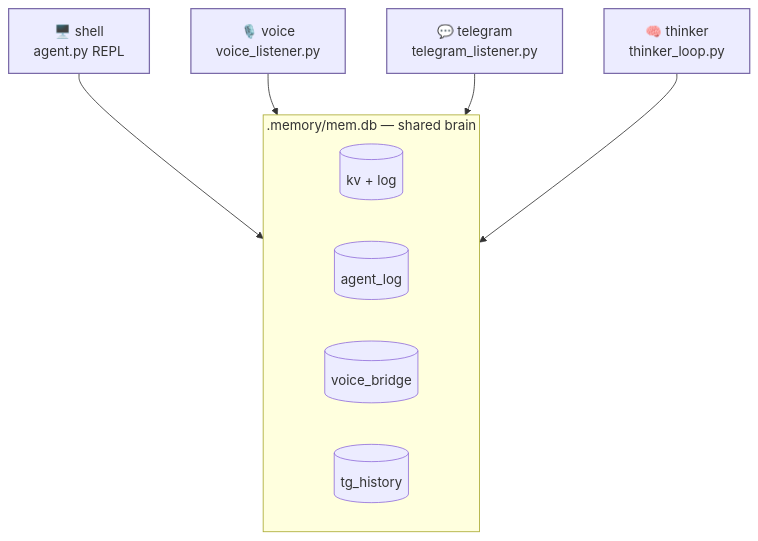
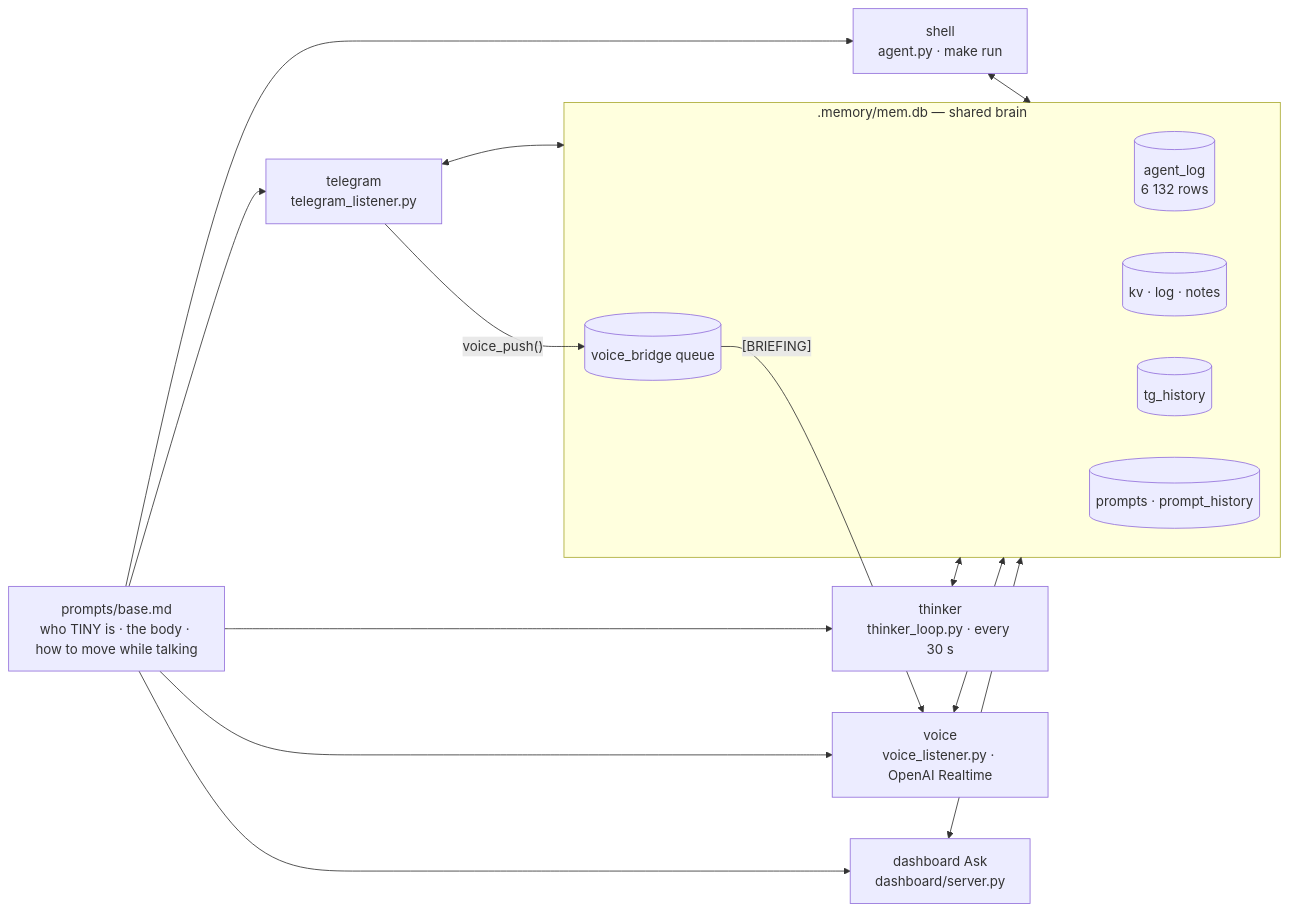
Before and after one commit to cagataycali/tiny-the-reachy: the diagram in docs/showcase/personas.md, drawn with Mermaid. The commit also changed other lines of this file and 4 other files, not shown here.

````diff
--- a/docs/showcase/personas.md
+++ b/docs/showcase/personas.md
@@ -9,18 +10,18 @@
 ```mermaid
-flowchart TB
-  subgraph BRAIN[".memory/mem.db — shared brain"]
-    direction LR
-    KV[(kv + log)]
-    AL[(agent_log)]
-    VB[(voice_bridge)]
-    TG[(tg_history)]
+flowchart LR
+  BASE["prompts/base.md<br/>who TINY is · the body · how to move while talking"]
+  BASE --> SH["shell<br/>agent.py · make run"]
+  BASE --> TG["telegram<br/>telegram_listener.py"]
+  BASE --> TH["thinker<br/>thinker_loop.py · every 30 s"]
+  BASE --> VO["voice<br/>voice_listener.py · OpenAI Realtime"]
+  BASE --> DA["dashboard Ask<br/>dashboard/server.py"]
+  subgraph brain[".memory/mem.db — shared brain"]
+    AL[("agent_log<br/>6 132 rows")]
+    KV[("kv · log · notes")]
+    VB[("voice_bridge queue")]
+    TGH[("tg_history")]
+    PR[("prompts · prompt_history")]
   end
-
-  SHELL["🖥️ shell<br/>agent.py REPL"] --> BRAIN
-  VOICE["🎙️ voice<br/>voice_listener.py"] --> BRAIN
-  TEL["💬 telegram<br/>telegram_listener.py"] --> BRAIN
-  THINK["🧠 thinker<br/>thinker_loop.py"] --> BRAIN
-
-  classDef p stroke:#7a6aa8,stroke-width:1.5px
-  class SHELL,VOICE,TEL,THINK p
+  SH & TG & TH & VO & DA <--> brain
+  TG -->|"voice_push()"| VB -->|"[BRIEFING]"| VO
 ```
````
